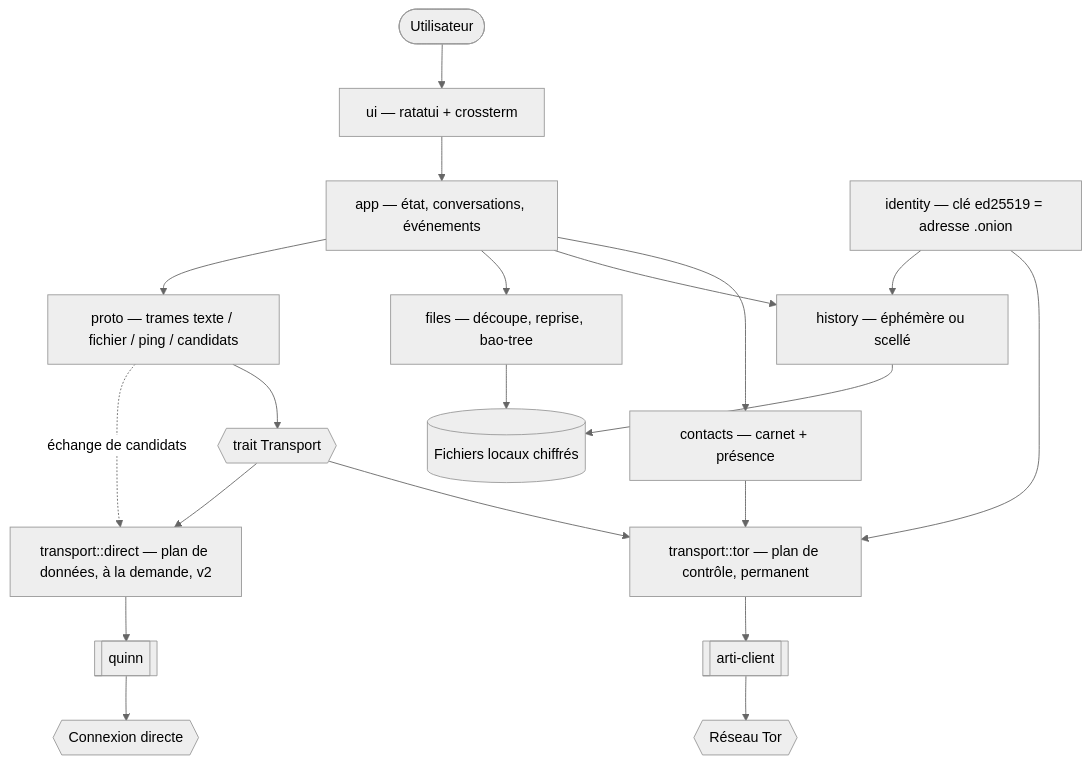
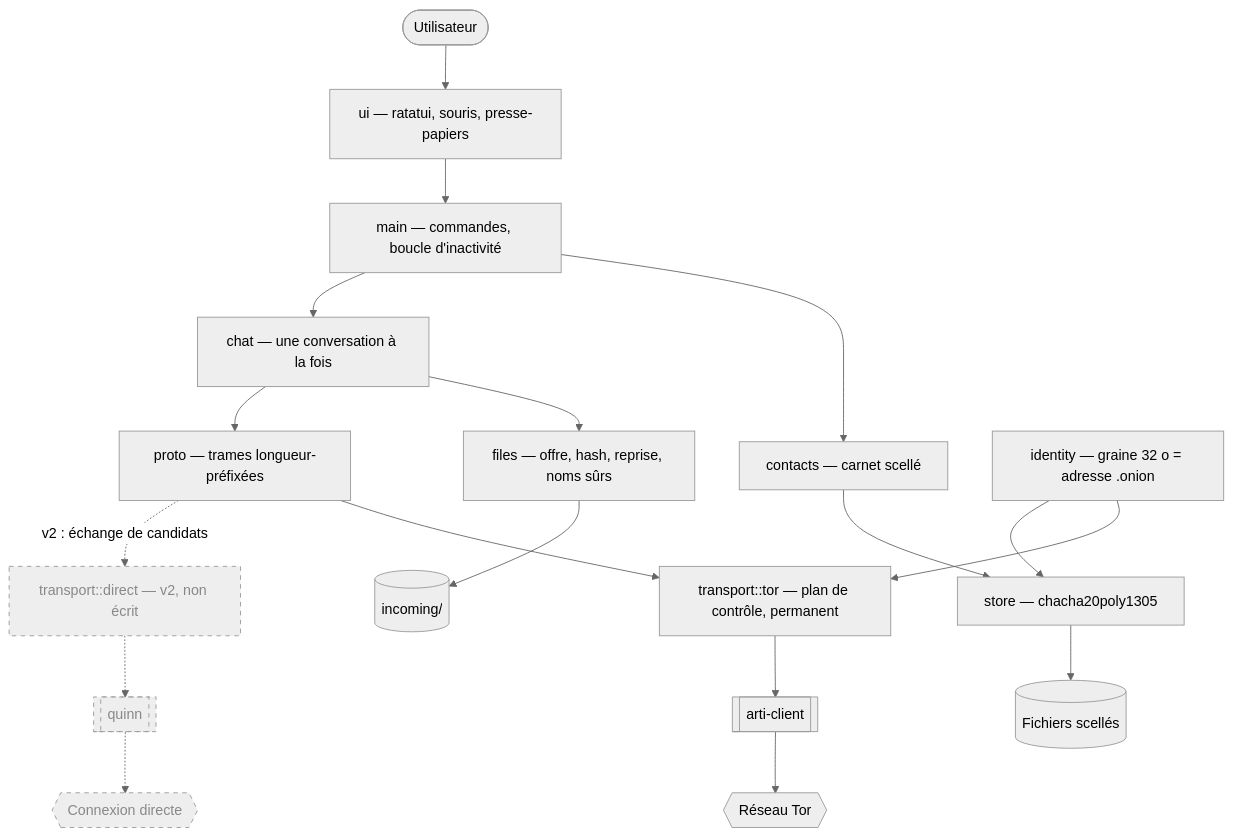
Before and after one commit to Murmure-App/murmure: the diagram in aidd_docs/INSTALL.md, drawn with Mermaid (neutral theme). The commit also changed other lines of this file, not shown here.

````diff
--- a/aidd_docs/INSTALL.md
+++ b/aidd_docs/INSTALL.md
@@ -87,22 +120,21 @@
 ```mermaid
 graph TD
-    User([Utilisateur]) --> UI[ui — ratatui + crossterm]
-    UI --> App[app — état, conversations, événements]
-    App --> Contacts[contacts — carnet + présence]
-    App --> History[history — éphémère ou scellé]
-    App --> Files[files — découpe, reprise, bao-tree]
-    App --> Proto[proto — trames texte / fichier / ping / candidats]
-    Proto --> Transport{{trait Transport}}
-    Transport --> TorPath[transport::tor — plan de contrôle, permanent]
-    Transport --> DirectPath[transport::direct — plan de données, à la demande, v2]
+    User([Utilisateur]) --> UI[ui — ratatui, souris, presse-papiers]
+    UI --> Main[main — commandes, boucle d'inactivité]
+    Main --> Contacts[contacts — carnet scellé]
+    Main --> Chat[chat — une conversation à la fois]
+    Chat --> Files[files — offre, hash, reprise, noms sûrs]
+    Chat --> Proto[proto — trames longueur-préfixées]
+    Proto --> TorPath[transport::tor — plan de contrôle, permanent]
     TorPath --> Arti[[arti-client]]
-    DirectPath --> Quinn[[quinn]]
     Arti --> TorNet{{Réseau Tor}}
-    Quinn --> Net{{Connexion directe}}
-    Proto -. échange de candidats .-> DirectPath
-    Identity[identity — clé ed25519 = adresse .onion] --> TorPath
-    Identity --> History
-    Contacts --> TorPath
-    History --> Disk[(Fichiers locaux chiffrés)]
-    Files --> Disk
+    Identity[identity — graine 32 o = adresse .onion] --> TorPath
+    Identity --> Store
+    Contacts --> Store[store — chacha20poly1305]
+    Store --> Disk[(Fichiers scellés)]
+    Files --> Incoming[(incoming/)]
+    Proto -. v2 : échange de candidats .-> DirectPath
+    DirectPath[transport::direct — v2, non écrit]:::todo -.-> Quinn[[quinn]]:::todo
+    Quinn -.-> Net{{Connexion directe}}:::todo
+    classDef todo stroke-dasharray: 5 5,color:#888
 ```
````
